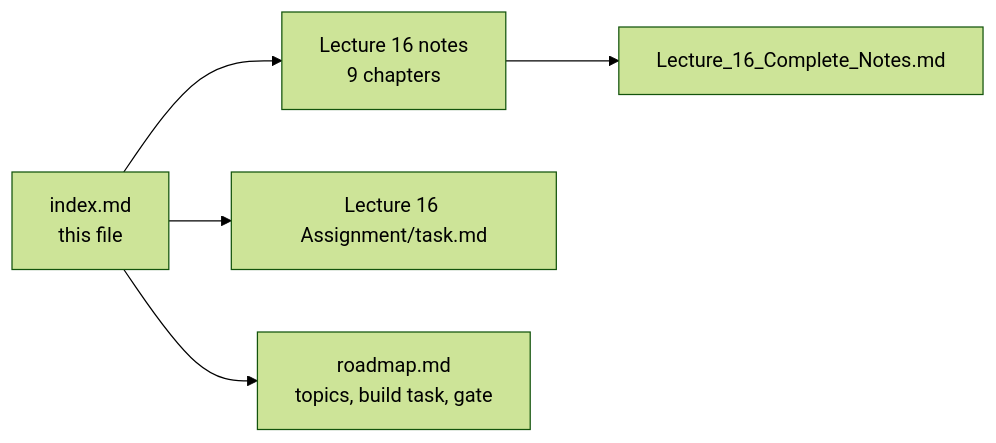
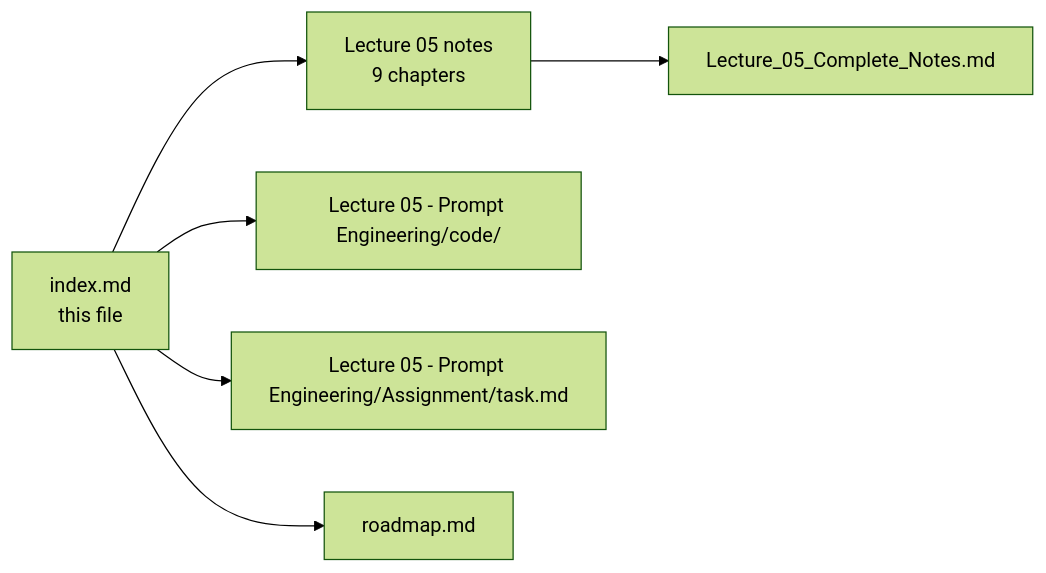
The fifth of 24 diagrams in index.md (Amie-dev/FDE-and-GenAI-Mastery), drawn with Mermaid (forest theme) before and after one commit. The commit also changed other lines of this file, not shown here.

Commit message:
Implement code changes to enhance functionality and improve performance

````diff
--- a/index.md
+++ b/index.md
@@ -174,7 +236,8 @@
 ```mermaid
 flowchart LR
-    IDX["index.md<br/>this file"] --> L16["Lecture 16 notes<br/>9 chapters"]
-    L16 --> CN["Lecture_16_Complete_Notes.md"]
-    IDX --> ASG["Lecture 16 Assignment/task.md"]
-    IDX --> RM["roadmap.md<br/>topics, build task, gate"]
+    IDX["index.md<br/>this file"] --> L05["Lecture 05 notes<br/>9 chapters"]
+    L05 --> CN["Lecture_05_Complete_Notes.md"]
+    IDX --> CODE["Lecture 05 - Prompt Engineering/code/"]
+    IDX --> ASG["Lecture 05 - Prompt Engineering/Assignment/task.md"]
+    IDX --> RM["roadmap.md"]
 ```
````
